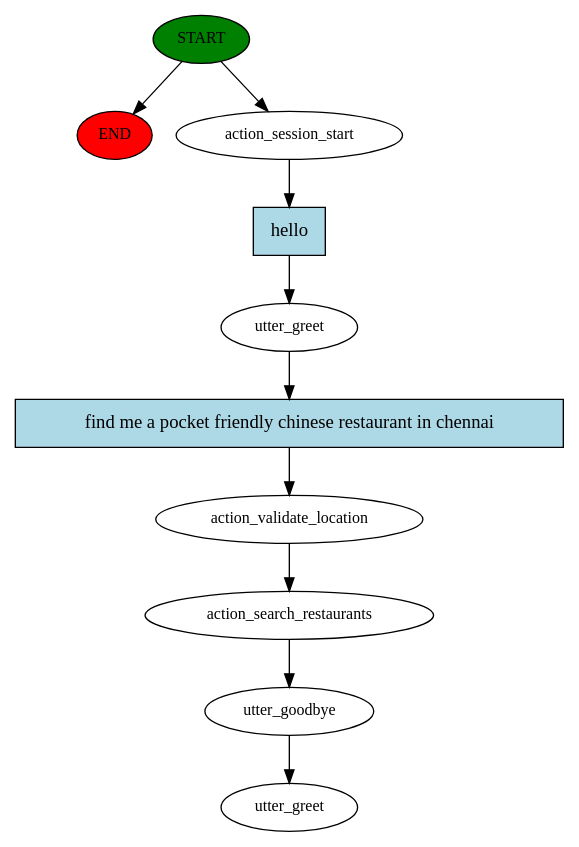
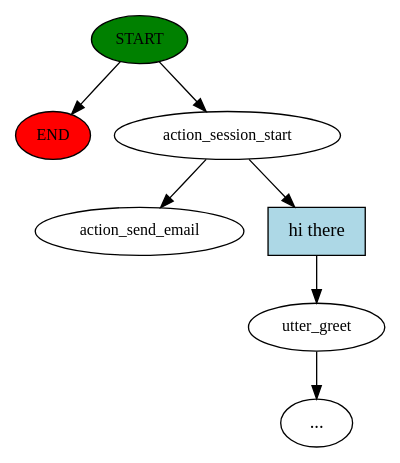
The diagram in story_graph.dot (n-sundar/Foodie-Chatbot), drawn with Graphviz before and after one commit. The commit also changed 19 other files, not shown here.

Commit message:
Most flows covered in python

```diff
--- a/story_graph.dot
+++ b/story_graph.dot
@@ -1,21 +1,15 @@
 digraph  {
 0 [class="start active", fillcolor=green, fontsize=12, label=START, style=filled];
 "-1" [class=end, fillcolor=red, fontsize=12, label=END, style=filled];
 1 [class=active, fontsize=12, label=action_session_start];
-2 [class=active, fontsize=12, label=utter_greet];
-3 [class=active, fontsize=12, label=action_validate_location];
-4 [class=active, fontsize=12, label=action_search_restaurants];
-5 [class=active, fontsize=12, label=utter_goodbye];
-6 [class="dashed active", fontsize=12, label=utter_greet];
-7 [class="intent active", fillcolor=lightblue, label=hello, shape=rect, style=filled];
-8 [class="intent active", fillcolor=lightblue, label="find me a pocket friendly chinese restaurant in chennai", shape=rect, style=filled];
+2 [class="", fontsize=12, label=utter_greet];
+"-3" [class=ellipsis, label="..."];
+4 [class="dashed active", fontsize=12, label=action_send_email];
+5 [class=intent, fillcolor=lightblue, label="hi there", shape=rect, style=filled];
 0 -> "-1"  [class="", key=NONE, label=""];
 0 -> 1  [class=active, key=NONE, label=""];
-1 -> 7  [class=active, key=0];
-2 -> 8  [class=active, key=0];
-3 -> 4  [class=active, key=NONE, label=""];
-4 -> 5  [class=active, key=NONE, label=""];
-5 -> 6  [class=active, key=NONE, label=""];
-7 -> 2  [class=active, key=0];
-8 -> 3  [class=active, key=0];
+1 -> 4  [class=active, key=NONE, label=""];
+1 -> 5  [class="", key=0];
+2 -> "-3"  [class="", key=NONE, label=""];
+5 -> 2  [class="", key=0];
 }
```
